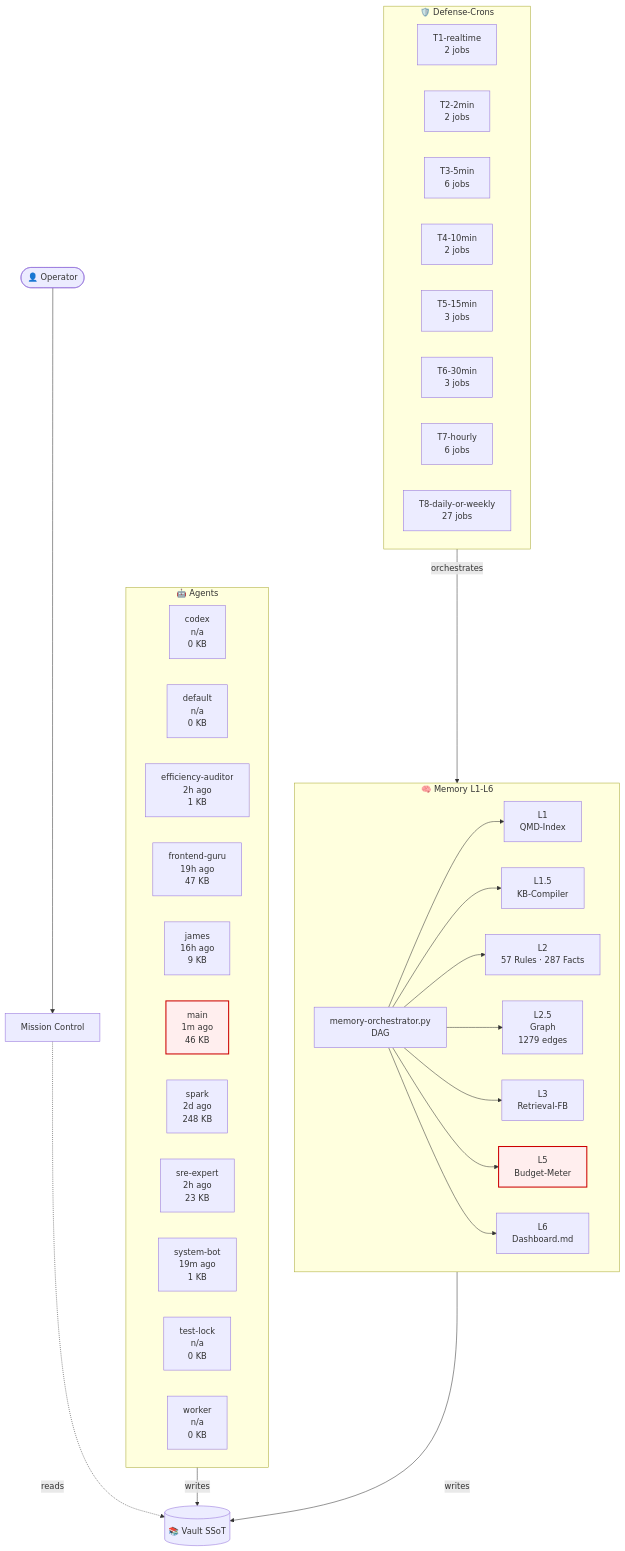
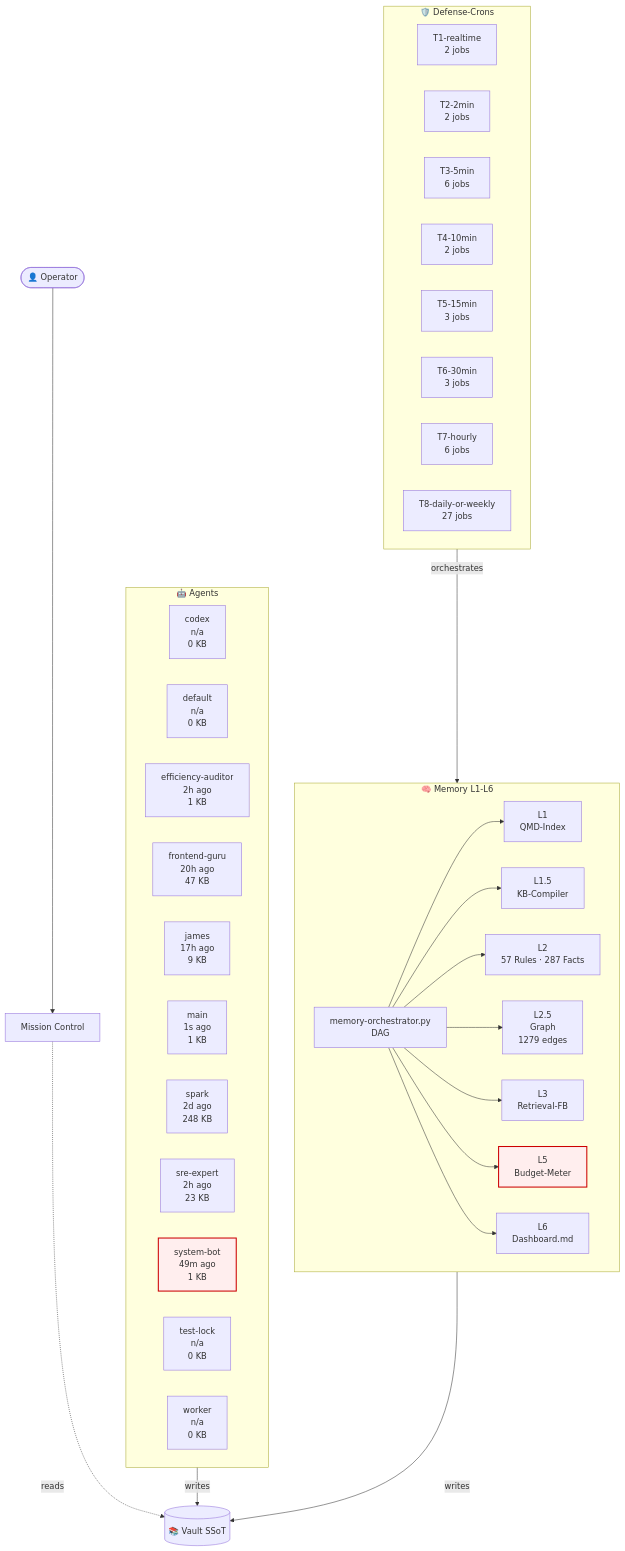
Before and after one commit to lenardhuebner88-rgb/openclaw-memory: the diagram in 03-Agents/architecture-live.md, drawn with Mermaid. The commit also changed other lines of this file and 5 other files, not shown here.

````diff
--- a/03-Agents/architecture-live.md
+++ b/03-Agents/architecture-live.md
@@ -18,54 +18,54 @@
 ```mermaid
 flowchart TB
     classDef critical fill:#fee,stroke:#c00,stroke-width:2px;
     subgraph AGT["🤖 Agents"]
         agent_codex["codex<br/>n/a<br/>0 KB"]
         agent_default["default<br/>n/a<br/>0 KB"]
         agent_efficiency_auditor["efficiency-auditor<br/>2h ago<br/>1 KB"]
-        agent_frontend_guru["frontend-guru<br/>19h ago<br/>47 KB"]
-        agent_james["james<br/>16h ago<br/>9 KB"]
-        agent_main["main<br/>1m ago<br/>46 KB"]
+        agent_frontend_guru["frontend-guru<br/>20h ago<br/>47 KB"]
+        agent_james["james<br/>17h ago<br/>9 KB"]
+        agent_main["main<br/>1s ago<br/>1 KB"]
         agent_spark["spark<br/>2d ago<br/>248 KB"]
         agent_sre_expert["sre-expert<br/>2h ago<br/>23 KB"]
-        agent_system_bot["system-bot<br/>19m ago<br/>1 KB"]
+        agent_system_bot["system-bot<br/>49m ago<br/>1 KB"]
         agent_test_lock["test-lock<br/>n/a<br/>0 KB"]
         agent_worker["worker<br/>n/a<br/>0 KB"]
     end
     subgraph MEM["🧠 Memory L1-L6"]
         L1["L1<br/>QMD-Index"]
         L15["L1.5<br/>KB-Compiler"]
         L2["L2<br/>57 Rules · 287 Facts"]
         L25["L2.5<br/>Graph<br/>1279 edges"]
         L3["L3<br/>Retrieval-FB"]
         L5["L5<br/>Budget-Meter"]
         L6["L6<br/>Dashboard.md"]
         ORCH["memory-orchestrator.py<br/>DAG"]
     end
     subgraph CRN["🛡️ Defense-Crons"]
         tier_T1_realtime["T1-realtime<br/>2 jobs"]
         tier_T2_2min["T2-2min<br/>2 jobs"]
         tier_T3_5min["T3-5min<br/>6 jobs"]
         tier_T4_10min["T4-10min<br/>2 jobs"]
         tier_T5_15min["T5-15min<br/>3 jobs"]
         tier_T6_30min["T6-30min<br/>3 jobs"]
         tier_T7_hourly["T7-hourly<br/>6 jobs"]
         tier_T8_daily_or_weekly["T8-daily-or-weekly<br/>27 jobs"]
     end
     VAULT[("📚 Vault SSoT")]
     OP([👤 Operator])
     MC["Mission Control"]
     OP --> MC
     MC -.reads.-> VAULT
     AGT -->|writes| VAULT
     MEM -->|writes| VAULT
     ORCH --> L1
     ORCH --> L15
     ORCH --> L2
     ORCH --> L25
     ORCH --> L3
     ORCH --> L5
     ORCH --> L6
     CRN -->|orchestrates| MEM
     class L5 critical
-    class agent_main critical
+    class agent_system_bot critical
 ```
````
